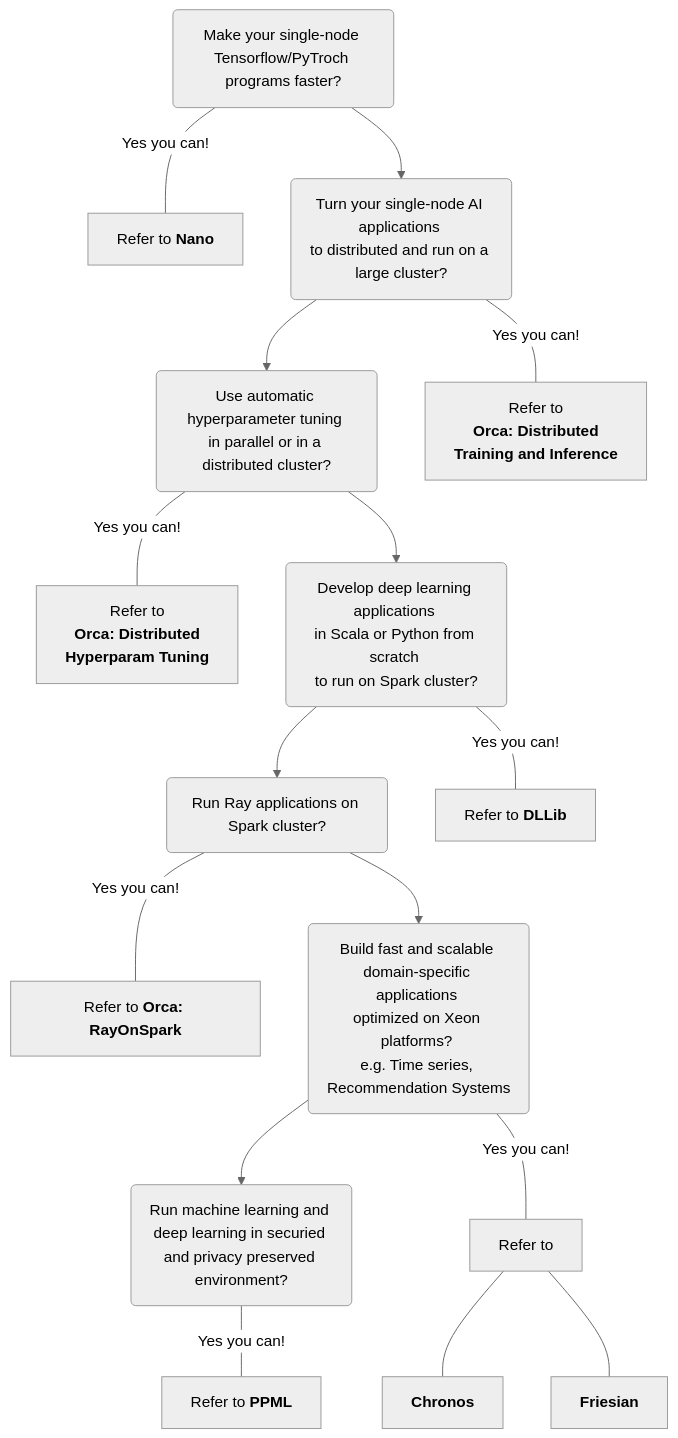
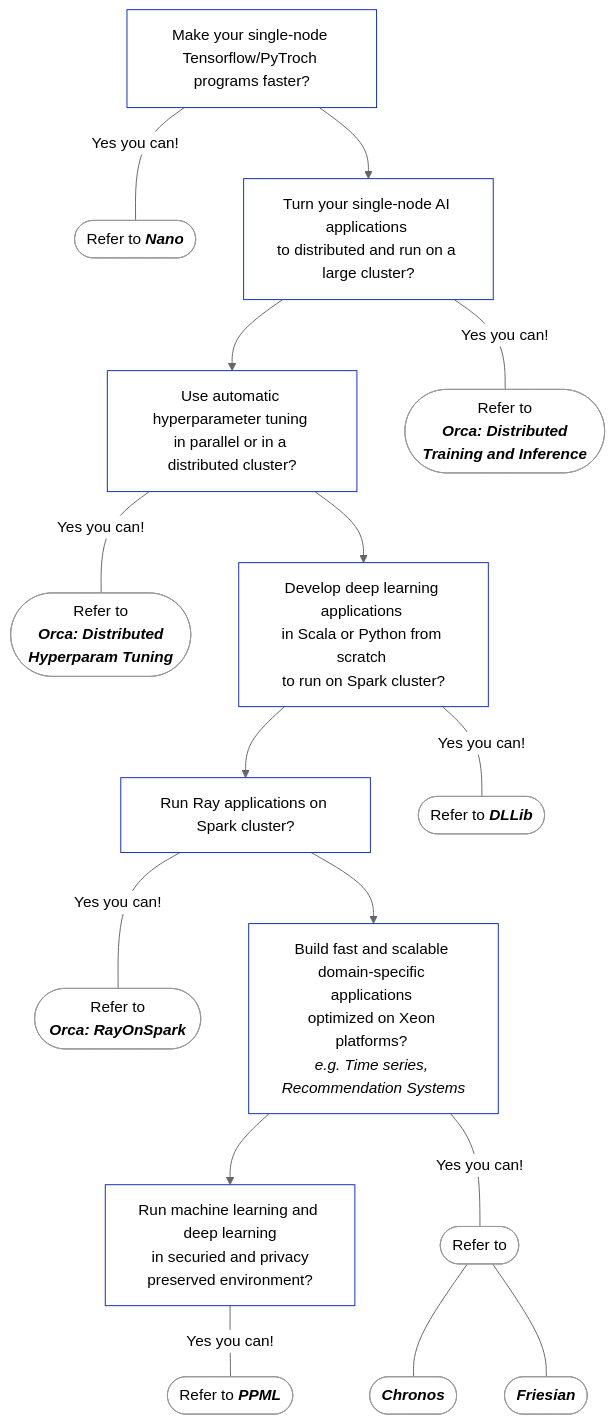
The diagram in README.md (intel-analytics/ipex-llm), drawn with Mermaid (neutral theme) before and after one commit.

Commit message:
Update Flowchart v0.0.1

````diff
--- a/README.md
+++ b/README.md
@@ -47,25 +47,31 @@
 ```mermaid
 flowchart TD;
-    Feature1(Make your single-node <br/>Tensorflow/PyTroch programs faster?)-- Yes you can! ---Refer1[Refer to <b>Nano</b>];
-    Feature1-->Feature2(Turn your single-node AI applications <br/>to distributed and run on a large cluster?);
-    Feature2 --> Feature3(Use automatic hyperparameter tuning <br/>in parallel or in a distributed cluster?);
-    Feature2-- Yes you can! ---Refer2[Refer to <br/><b>Orca: Distributed<br/> Training and Inference</b>];
-    Feature3 -- Yes you can! ---Refer3[Refer to <br/><b>Orca: Distributed<br/> Hyperparam Tuning</b>];
-    Feature3 --> Feature4(Develop deep learning applications <br/>in Scala or Python from scratch <br/>to run on Spark cluster?);
-    Feature4 --> Feature5(Run Ray applications on Spark cluster?);
-    Feature4 -- Yes you can! ---Refer4[Refer to <b>DLLib</b>];
-    Feature5 -- Yes you can! ---Refer5[Refer to <b>Orca: RayOnSpark</b>];
-    Feature5 --> Feature6(Build fast and scalable domain-specific applications <br/>optimized on Xeon platforms? <br/>e.g. Time series, Recommendation Systems)
-    Feature6 --> Feature7(Run machine learning and deep learning in securied and privacy preserved environment?);
-    Feature6 -- Yes you can! ---Refer6[Refer to];
-    Refer6 ---Refer6a[<b>Chronos</b>] & Refer6b[<b>Friesian</b>];
-    Feature7 -- Yes you can! ---Refer7[Refer to <b>PPML</b>];
+    Feature1[Make your single-node <br/>Tensorflow/PyTroch programs faster?]-- Yes you can! ---Refer1([Refer to <em><strong>Nano</strong></em>]);
+    Feature1-->Feature2[Turn your single-node AI applications <br/>to distributed and run on a large cluster?];
+    Feature2 --> Feature3[Use automatic hyperparameter tuning <br/>in parallel or in a distributed cluster?];
+    Feature2-- Yes you can! ---Refer2([Refer to <br/><em><strong>Orca: Distributed<br/> Training and Inference</strong></em>]);
+    Feature3 -- Yes you can! ---Refer3([Refer to <br/><em><strong>Orca: Distributed<br/> Hyperparam Tuning</strong></em>]);
+    Feature3 --> Feature4[Develop deep learning applications <br/>in Scala or Python from scratch <br/>to run on Spark cluster?];
+    Feature4 --> Feature5[Run Ray applications on Spark cluster?];
+    Feature4 -- Yes you can! ---Refer4([Refer to <em><strong>DLLib</strong></em>]);
+    Feature5 -- Yes you can! ---Refer5([Refer to <br/><em><strong>Orca: RayOnSpark</strong></em>]);
+    Feature5 --> Feature6[Build fast and scalable domain-specific applications <br/>optimized on Xeon platforms? <br/><em>e.g. Time series, Recommendation Systems</em>];
+    Feature6 --> Feature7[Run machine learning and deep learning<br/> in securied and privacy preserved environment?];
+    Feature6 -- Yes you can! ---Refer6([Refer to]);
+    Refer6 ---Refer6a([<em><strong>Chronos</strong></em>]) & Refer6b([<em><strong>Friesian</strong></em>]);
+    Feature7 -- Yes you can! ---Refer7([Refer to <em><strong>PPML</strong></em>]);
     
     click Refer1 "https://bigdl.readthedocs.io/en/latest/doc/Nano/Overview/nano.html" "Refer to Nano" _parent
     click Refer2 "https://bigdl.readthedocs.io/en/latest/doc/Orca/Overview/distributed-training-inference.html"
     click Refer3 "https://bigdl.readthedocs.io/en/latest/doc/Orca/Overview/distributed-tuning.html"
     click Refer4 "https://bigdl.readthedocs.io/en/latest/doc/DLlib/Overview/dllib.html"
     click Refer5 "https://bigdl.readthedocs.io/en/latest/doc/Ray/Overview/ray.html"
     click Refer6a "https://bigdl.readthedocs.io/en/latest/doc/Chronos/Overview/chronos.html"
     click Refer7 "https://bigdl.readthedocs.io/en/latest/doc/PPML/Overview/ppml.html"
+    
+    classDef Refer fill:#FFF;
+    classDef Feature fill:#FFF,stroke:#0f29ba,stroke-width:1px;
+    class Refer1,Refer2,Refer3,Refer4,Refer5,Refer6,Refer6a,Refer6b,Refer7 Refer;
+    class Feature1,Feature2,Feature3,Feature4,Feature5,Feature6,Feature7 Feature;
+    
 ```
````
